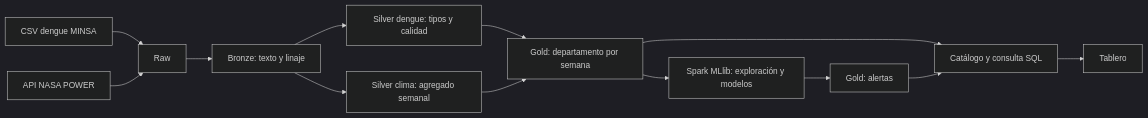
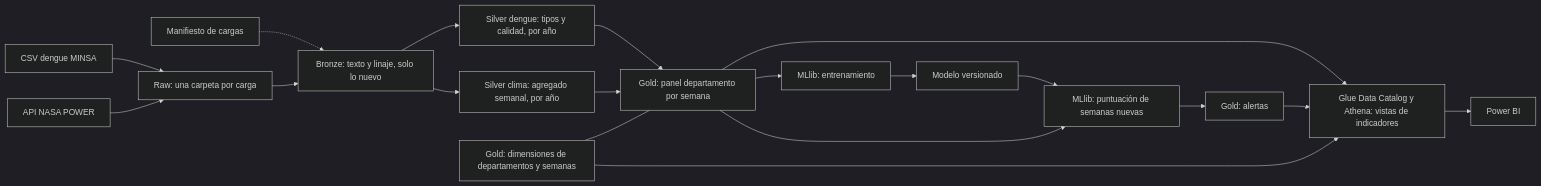
Before and after one commit to JhonTMich/minsadengue-bigdata: the diagram in README.md, drawn with Mermaid (dark theme). The commit also changed other lines of this file, not shown here.

````diff
--- a/README.md
+++ b/README.md
@@ -40,15 +40,21 @@
 ```mermaid
 flowchart LR
-    A[CSV dengue MINSA] --> R[Raw]
+    A[CSV dengue MINSA] --> R[Raw: una carpeta por carga]
     B[API NASA POWER] --> R
-    R --> BR[Bronze: texto y linaje]
-    BR --> SD[Silver dengue: tipos y calidad]
-    BR --> SC[Silver clima: agregado semanal]
-    SD --> G[Gold: departamento por semana]
+    MF[Manifiesto de cargas] -.-> BR
+    R --> BR[Bronze: texto y linaje, solo lo nuevo]
+    BR --> SD[Silver dengue: tipos y calidad, por año]
+    BR --> SC[Silver clima: agregado semanal, por año]
+    SD --> G[Gold: panel departamento por semana]
     SC --> G
-    G --> M[Spark MLlib: exploración y modelos]
-    M --> AL[Gold: alertas]
-    G --> Q[Catálogo y consulta SQL]
+    DIM[Gold: dimensiones de departamentos y semanas] --- G
+    G --> TR[MLlib: entrenamiento]
+    TR --> MV[Modelo versionado]
+    MV --> SCO[MLlib: puntuación de semanas nuevas]
+    G --> SCO
+    SCO --> AL[Gold: alertas]
+    G --> Q[Glue Data Catalog y Athena: vistas de indicadores]
     AL --> Q
-    Q --> T[Tablero]
+    DIM --> Q
+    Q --> T[Power BI]
 ```
````
